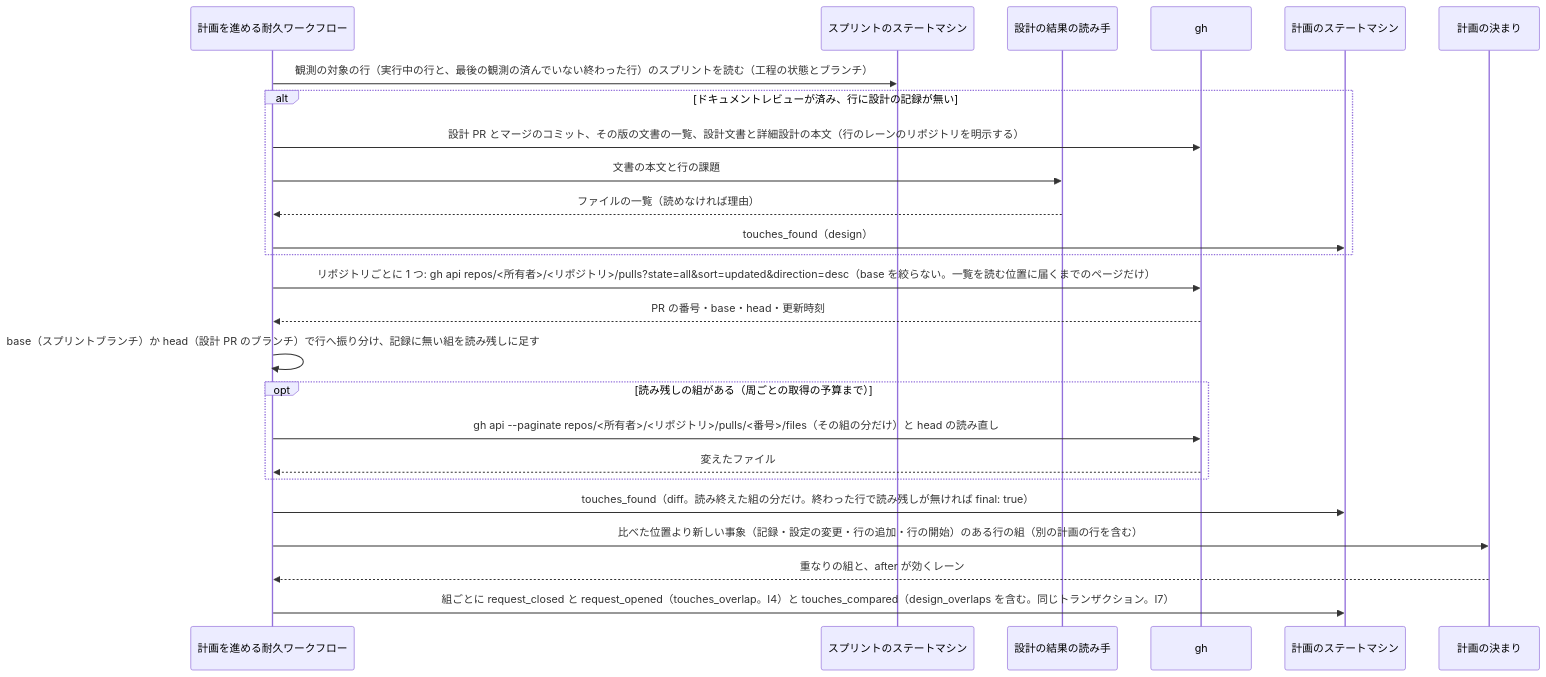
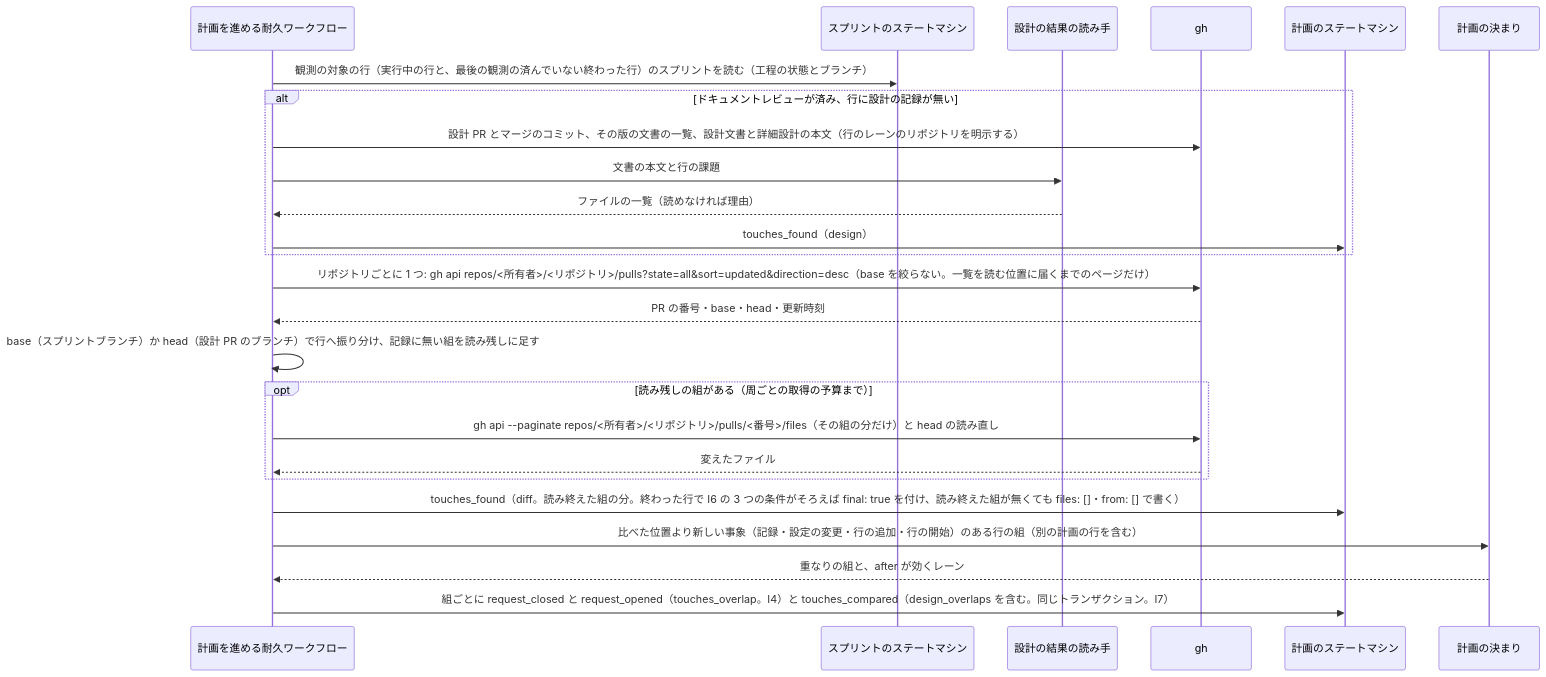
The fourth of 5 diagrams in issues/issue-4295-2037-design.md (devbasex/ai-plugins), drawn with Mermaid before and after one commit. The commit also changed other lines of this file, not shown here.

````diff
--- a/issues/issue-4295-2037-design.md
+++ b/issues/issue-4295-2037-design.md
@@ -276,27 +276,27 @@
 ```mermaid
 sequenceDiagram
     participant RUN as 計画を進める耐久ワークフロー
     participant SP as スプリントのステートマシン
     participant DR as 設計の結果の読み手
     participant GH as gh
     participant PL as 計画のステートマシン
     participant RU as 計画の決まり
     RUN->>SP: 観測の対象の行（実行中の行と、最後の観測の済んでいない終わった行）のスプリントを読む（工程の状態とブランチ）
     alt ドキュメントレビューが済み、行に設計の記録が無い
         RUN->>GH: 設計 PR とマージのコミット、その版の文書の一覧、設計文書と詳細設計の本文（行のレーンのリポジトリを明示する）
         RUN->>DR: 文書の本文と行の課題
         DR-->>RUN: ファイルの一覧（読めなければ理由）
         RUN->>PL: touches_found（design）
     end
     RUN->>GH: リポジトリごとに 1 つ: gh api repos/<所有者>/<リポジトリ>/pulls?state=all&sort=updated&direction=desc（base を絞らない。一覧を読む位置に届くまでのページだけ）
     GH-->>RUN: PR の番号・base・head・更新時刻
     RUN->>RUN: base（スプリントブランチ）か head（設計 PR のブランチ）で行へ振り分け、記録に無い組を読み残しに足す
     opt 読み残しの組がある（周ごとの取得の予算まで）
         RUN->>GH: gh api --paginate repos/<所有者>/<リポジトリ>/pulls/<番号>/files（その組の分だけ）と head の読み直し
         GH-->>RUN: 変えたファイル
     end
-    RUN->>PL: touches_found（diff。読み終えた組の分だけ。終わった行で読み残しが無ければ final: true）
+    RUN->>PL: touches_found（diff。読み終えた組の分。終わった行で I6 の 3 つの条件がそろえば final: true を付け、読み終えた組が無くても files: []・from: [] で書く）
     RUN->>RU: 比べた位置より新しい事象（記録・設定の変更・行の追加・行の開始）のある行の組（別の計画の行を含む）
     RU-->>RUN: 重なりの組と、after が効くレーン
     RUN->>PL: 組ごとに request_closed と request_opened（touches_overlap。I4）と touches_compared（design_overlaps を含む。同じトランザクション。I7）
 ```
````
